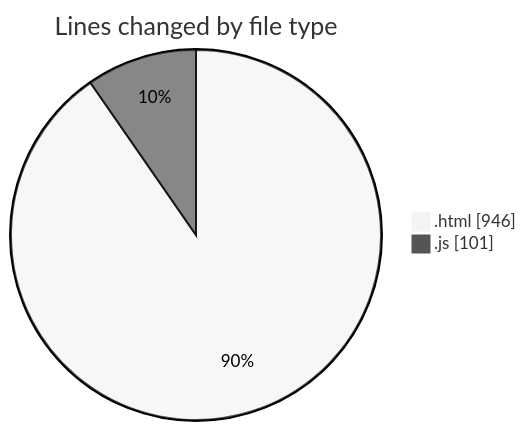
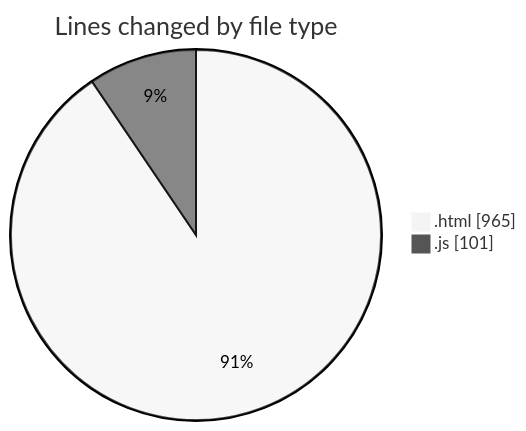
The first of 2 diagrams in 2025-09-13/new_folder/README.md (IJAZ3593/code-tracking), drawn with Mermaid (neutral theme) before and after one commit. The commit also changed other lines of this file and 1 other file, not shown here.

````diff
--- a/2025-09-13/new_folder/README.md
+++ b/2025-09-13/new_folder/README.md
@@ -26,6 +26,6 @@
 ```mermaid
 pie showData
 title Lines changed by file type
-".html" : 946
+".html" : 965
 ".js" : 101
 ```
````
